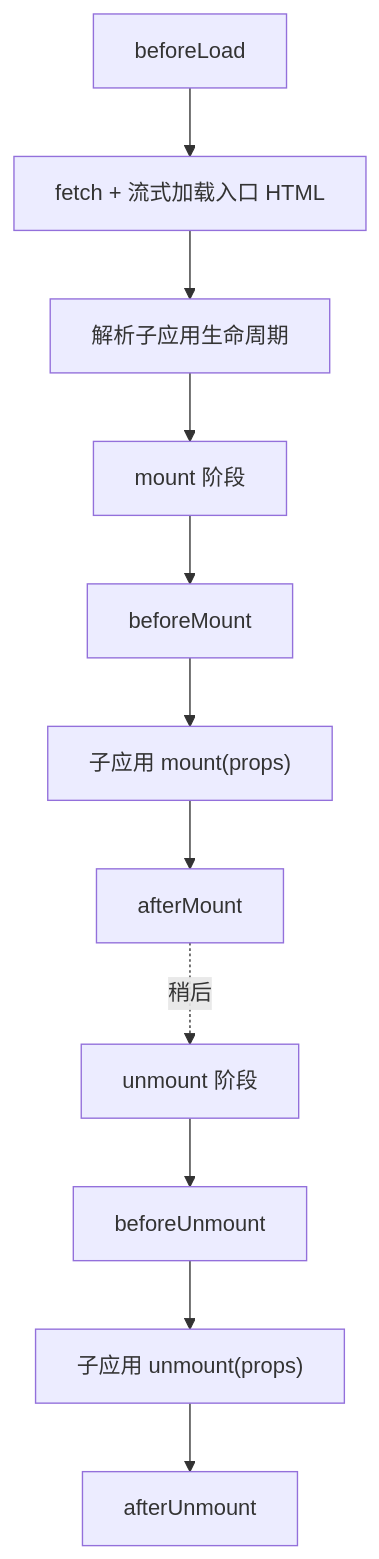
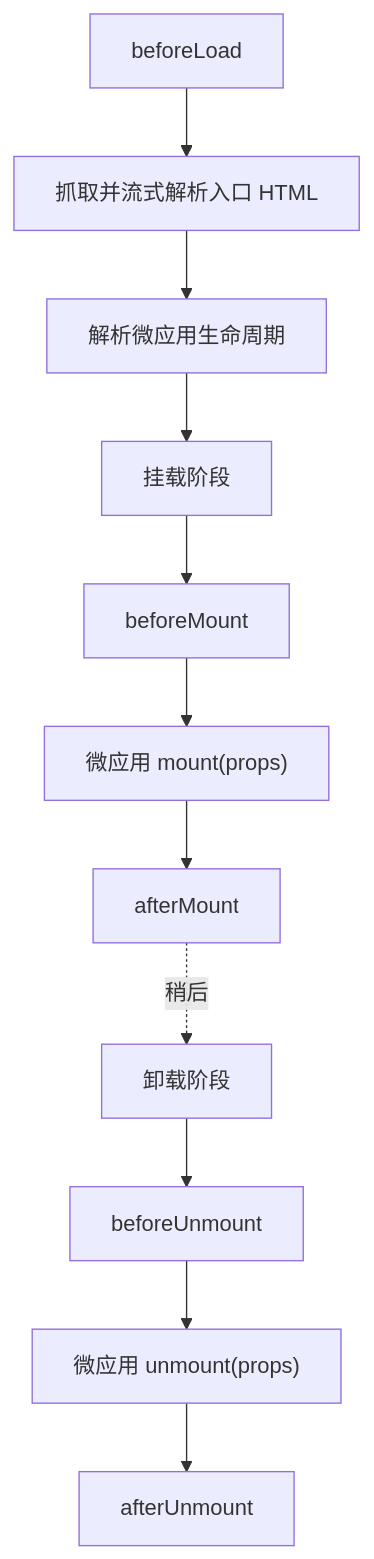
One commit to umijs/qiankun changed the diagram in docs/zh-CN/api/lifecycles.md. Above: the diagram before and after it, drawn with Mermaid. The commit also changed other lines of this file and 63 other files, not shown here.

````diff
--- a/docs/zh-CN/api/lifecycles.md
+++ b/docs/zh-CN/api/lifecycles.md
@@ -63,13 +63,13 @@
 ```mermaid
 flowchart TD
-  A[beforeLoad] --> B[fetch + 流式加载入口 HTML]
-  B --> C[解析子应用生命周期]
-  C --> D[mount 阶段]
+  A[beforeLoad] --> B[抓取并流式解析入口 HTML]
+  B --> C[解析微应用生命周期]
+  C --> D[挂载阶段]
   D --> E[beforeMount]
-  E --> F["子应用 mount(props)"]
+  E --> F["微应用 mount(props)"]
   F --> G[afterMount]
-  G -. 稍后 .-> H[unmount 阶段]
+  G -. 稍后 .-> H[卸载阶段]
   H --> I[beforeUnmount]
-  I --> J["子应用 unmount(props)"]
+  I --> J["微应用 unmount(props)"]
   J --> K[afterUnmount]
 ```
````
